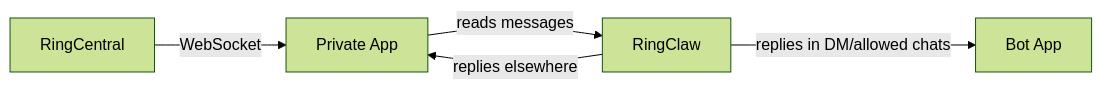
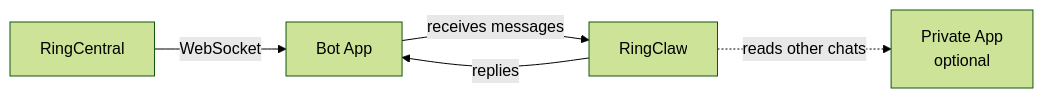
One commit to RC-Maxwell/ringclaw changed the second of 2 diagrams in README.md. Above: the diagram before and after it, drawn with Mermaid (forest theme). The commit also changed other lines of this file and 9 other files, not shown here.

First line of the commit message:
Make Bot App required, Private App optional

````diff
--- a/README.md
+++ b/README.md
@@ -284,7 +283,7 @@
 ```mermaid
 graph LR
-    RC[RingCentral] -->|WebSocket| PrivateApp[Private App]
-    PrivateApp -->|reads messages| RingClaw
-    RingClaw -->|replies in DM/allowed chats| BotApp[Bot App]
-    RingClaw -->|replies elsewhere| PrivateApp
+    RC[RingCentral] -->|WebSocket| BotApp[Bot App]
+    BotApp -->|receives messages| RingClaw
+    RingClaw -->|replies| BotApp
+    RingClaw -.->|reads other chats| PrivateApp[Private App<br/>optional]
 ```
````
